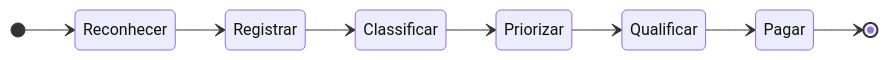
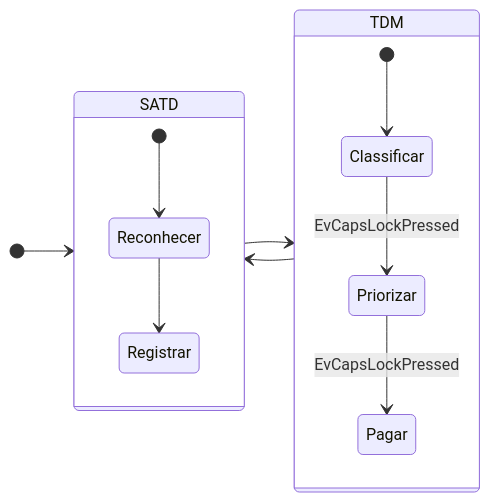
One commit to yanjustino/td-ledger changed the diagram in README.md. Above: the diagram before and after it, drawn with Mermaid.

````diff
--- a/README.md
+++ b/README.md
@@ -24,11 +24,18 @@
 ```mermaid
-stateDiagram
+stateDiagram-v2
     direction LR
-    [*] --> Reconhecer
-    Reconhecer --> Registrar
-    Registrar --> Classificar
-    Classificar --> Priorizar
-    Priorizar --> Qualificar
-    Qualificar --> Pagar
-    Pagar --> [*]
+    [*] --> SATD
+    SATD --> TDM
+    TDM --> SATD
+
+    state SATD {
+        [*] --> Reconhecer
+        Reconhecer --> Registrar
+    }
+
+    state TDM {
+        [*] --> Classificar
+        Classificar --> Priorizar : EvCapsLockPressed
+        Priorizar --> Pagar : EvCapsLockPressed
+    }
 ```
````
